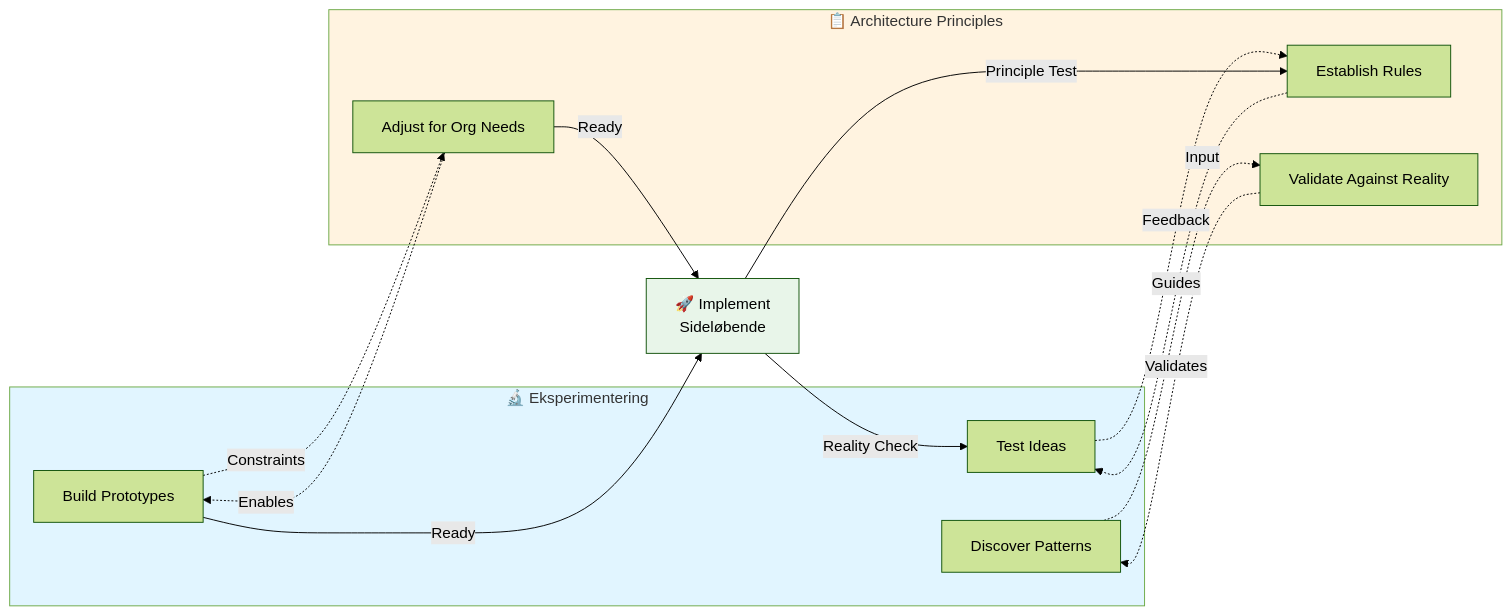
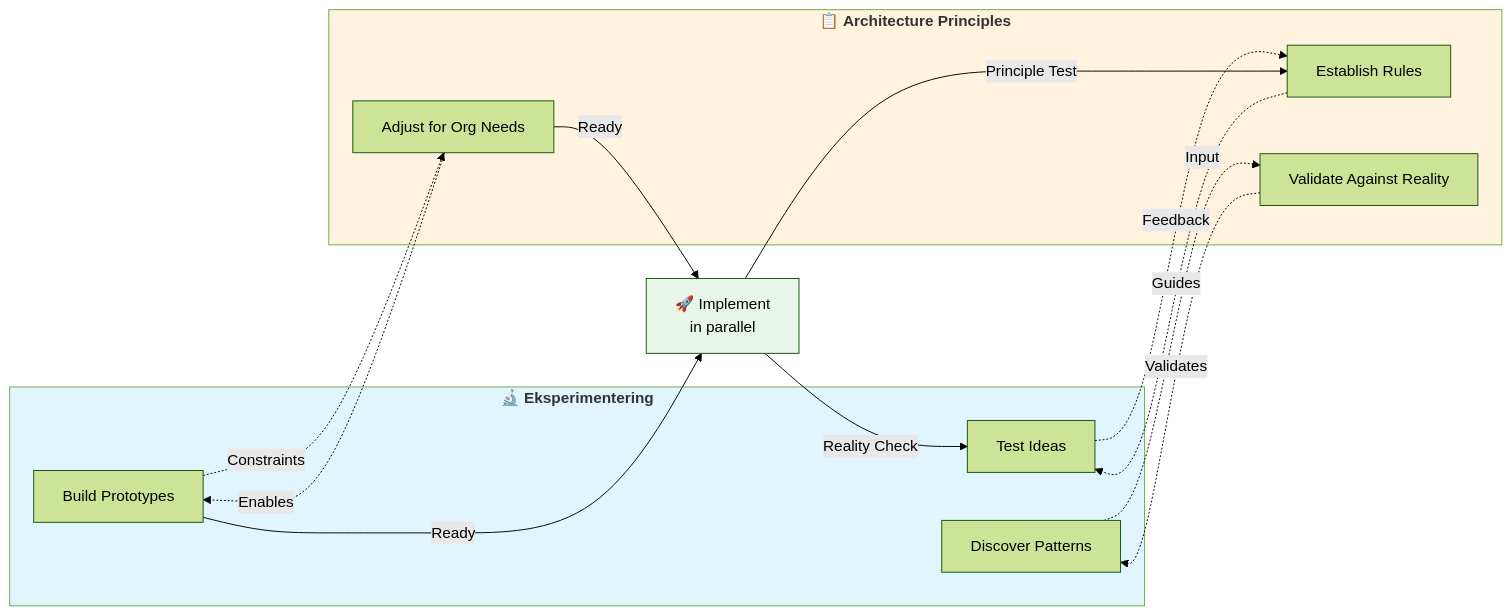
One commit to hfrov/AI-for-Technology-Leaders changed the second of 2 diagrams in 03-ai-first-engineering.md. Above: the diagram before and after it, drawn with Mermaid (forest theme).

Commit message:
Make diagram subgraph titles bold

````diff
--- a/03-ai-first-engineering.md
+++ b/03-ai-first-engineering.md
@@ -46,31 +46,31 @@
 ```mermaid
 graph LR
-    subgraph Eksperimenter["🔬 Eksperimentering"]
+    subgraph Eksperimenter["🔬 <b>Eksperimentering</b>"]
         A1["Test Ideas"]
         A2["Discover Patterns"]
         A3["Build Prototypes"]
     end
     
-    subgraph Principper["📋 Architecture Principles"]
+    subgraph Principper["📋 <b>Architecture Principles</b>"]
         B1["Establish Rules"]
         B2["Validate Against Reality"]
         B3["Adjust for Org Needs"]
     end
     
     A1 -.->|Feedback| B1
     A2 -.->|Input| B2
     A3 -.->|Constraints| B3
     
     B1 -.->|Guides| A1
     B2 -.->|Validates| A2
     B3 -.->|Enables| A3
     
-    A3 -->|Ready| Implement["🚀 Implement<br/>Sideløbende"]
+    A3 -->|Ready| Implement["🚀 Implement<br/>in parallel"]
     B3 -->|Ready| Implement
     Implement -->|Reality Check| A1
     Implement -->|Principle Test| B1
     
     style Eksperimenter fill:#e1f5ff
     style Principper fill:#fff3e0
     style Implement fill:#e8f5e9
 ```
````
